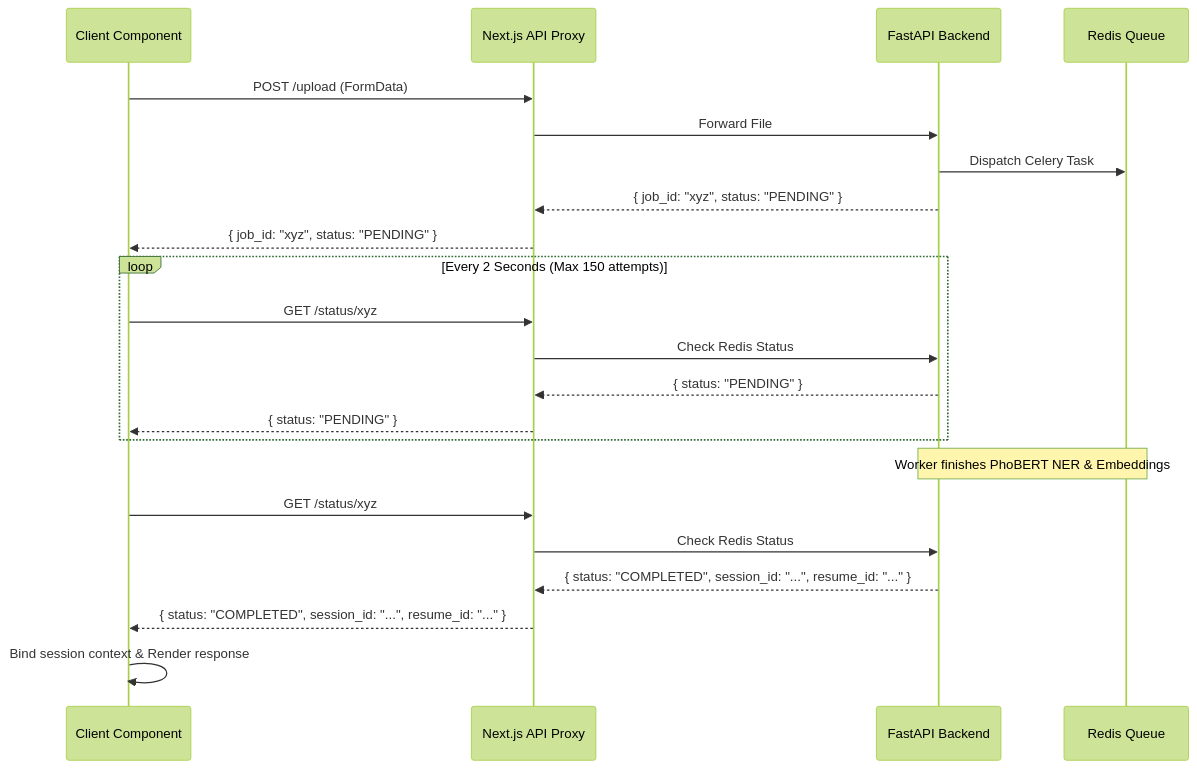
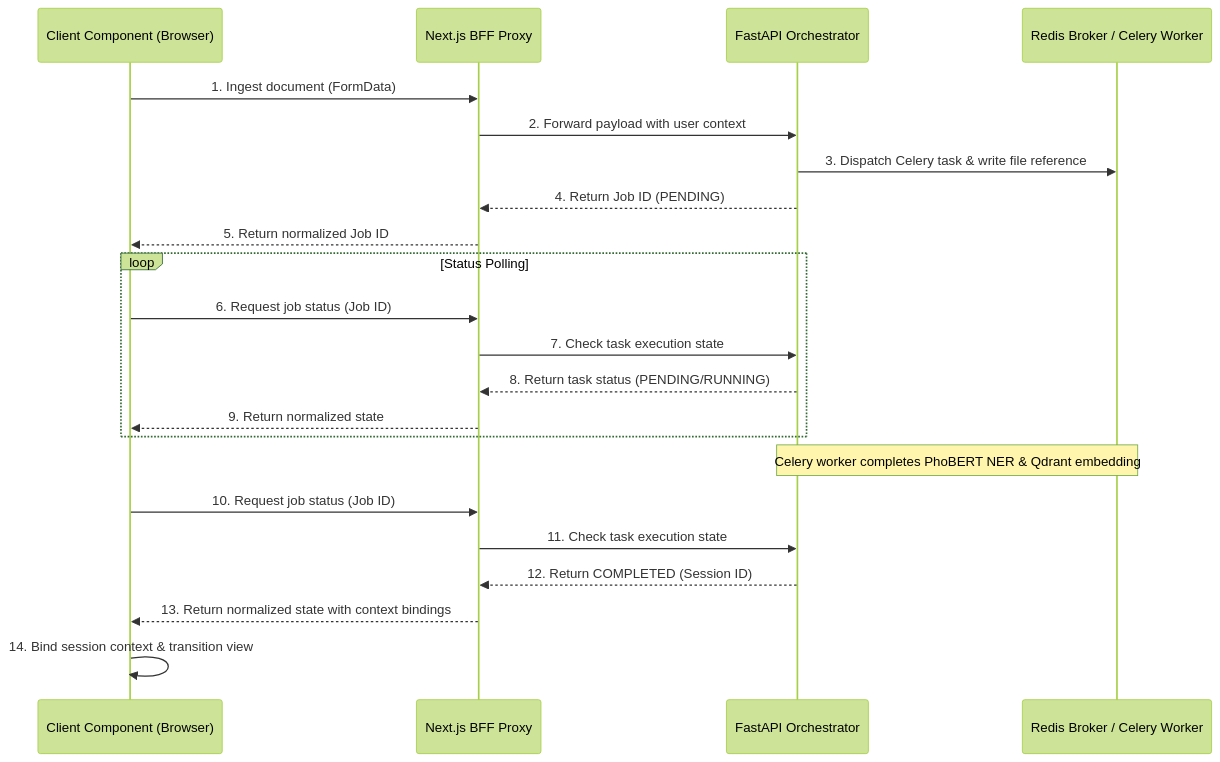
The second of 3 diagrams in chapter_6_thesis_1.md (Vinhnguyen1227/Job-Market-Analytics-Platform), drawn with Mermaid (forest theme) before and after one commit. The commit also changed other lines of this file and 46 other files, not shown here.

````diff
--- a/chapter_6_thesis_1.md
+++ b/chapter_6_thesis_1.md
@@ -45,28 +47,28 @@
 ```mermaid
 sequenceDiagram
-    participant UI as Client Component
-    participant BFF as Next.js API Proxy
-    participant BE as FastAPI Backend
-    participant Q as Redis Queue
+    participant Client as Client Component (Browser)
+    participant BFF as Next.js BFF Proxy
+    participant Backend as FastAPI Orchestrator
+    participant Queue as Redis Broker / Celery Worker
     
-    UI->>BFF: POST /upload (FormData)
-    BFF->>BE: Forward File
-    BE->>Q: Dispatch Celery Task
-    BE-->>BFF: { job_id: "xyz", status: "PENDING" }
-    BFF-->>UI: { job_id: "xyz", status: "PENDING" }
+    Client->>BFF: 1. Ingest document (FormData)
+    BFF->>Backend: 2. Forward payload with user context
+    Backend->>Queue: 3. Dispatch Celery task & write file reference
+    Backend-->>BFF: 4. Return Job ID (PENDING)
+    BFF-->>Client: 5. Return normalized Job ID
     
-    loop Every 2 Seconds (Max 150 attempts)
-        UI->>BFF: GET /status/xyz
-        BFF->>BE: Check Redis Status
-        BE-->>BFF: { status: "PENDING" }
-        BFF-->>UI: { status: "PENDING" }
+    loop Status Polling
+        Client->>BFF: 6. Request job status (Job ID)
+        BFF->>Backend: 7. Check task execution state
+        Backend-->>BFF: 8. Return task status (PENDING/RUNNING)
+        BFF-->>Client: 9. Return normalized state
     end
     
-    Note over BE, Q: Worker finishes PhoBERT NER & Embeddings
+    Note over Backend, Queue: Celery worker completes PhoBERT NER & Qdrant embedding
     
-    UI->>BFF: GET /status/xyz
-    BFF->>BE: Check Redis Status
-    BE-->>BFF: { status: "COMPLETED", session_id: "...", resume_id: "..." }
-    BFF-->>UI: { status: "COMPLETED", session_id: "...", resume_id: "..." }
-    UI->>UI: Bind session context & Render response
+    Client->>BFF: 10. Request job status (Job ID)
+    BFF->>Backend: 11. Check task execution state
+    Backend-->>BFF: 12. Return COMPLETED (Session ID)
+    BFF-->>Client: 13. Return normalized state with context bindings
+    Client->>Client: 14. Bind session context & transition view
 ```
````
